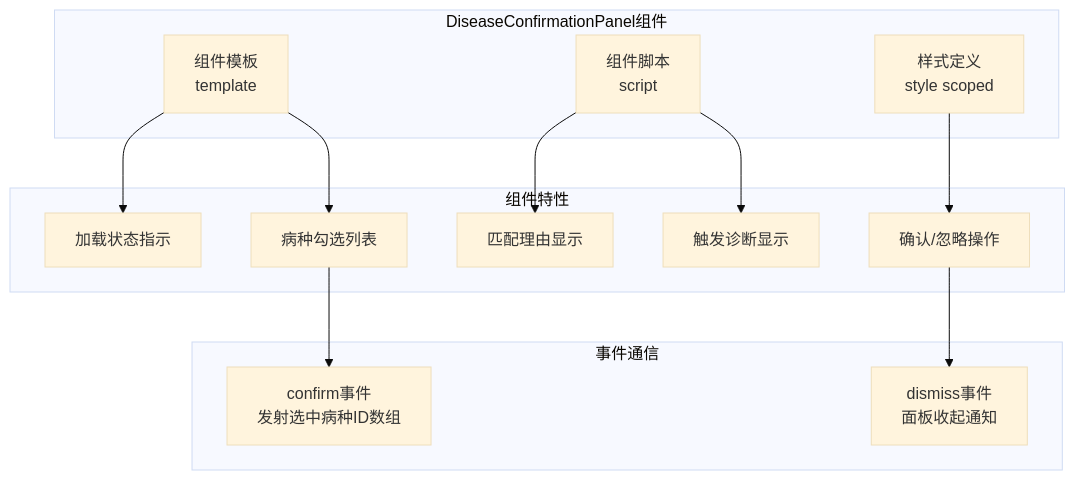
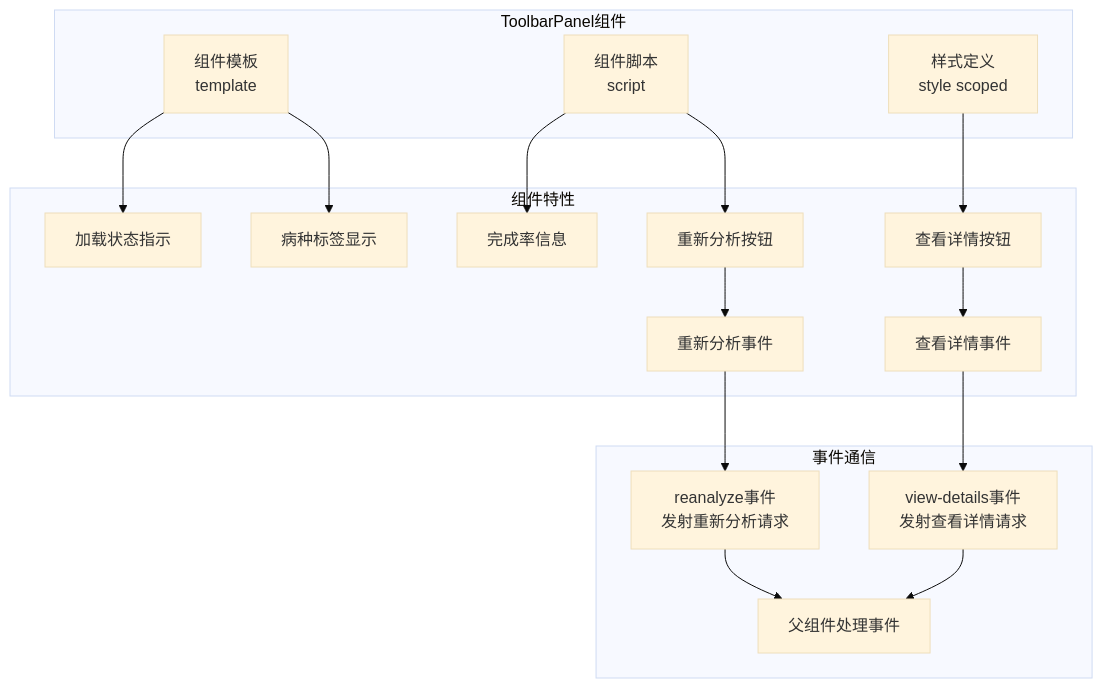
Diagram 11 of 15 in .qoder/repowiki/zh/content/核心功能模块/质量控制系统.md (liuzh2008/med_ai_assistant_workspace), drawn with Mermaid (base theme) before and after one commit. The commit also changed other lines of this file and 5 other files, not shown here.

````diff
--- a/.qoder/repowiki/zh/content/核心功能模块/质量控制系统.md
+++ b/.qoder/repowiki/zh/content/核心功能模块/质量控制系统.md
@@ -393,26 +533,33 @@
 ```mermaid
 graph TB
-subgraph "DiseaseConfirmationPanel组件"
+subgraph "ToolbarPanel组件"
 A[组件模板<br/>template]
 B[组件脚本<br/>script]
 C[样式定义<br/>style scoped]
 end
 subgraph "组件特性"
 D[加载状态指示]
-E[病种勾选列表]
-F[匹配理由显示]
-G[触发诊断显示]
-H[确认/忽略操作]
+E[病种标签显示]
+F[完成率信息]
+G[重新分析按钮]
+H[查看详情按钮]
+I[重新分析事件]
+J[查看详情事件]
 end
 subgraph "事件通信"
-I[confirm事件<br/>发射选中病种ID数组]
-J[dismiss事件<br/>面板收起通知]
+K[reanalyze事件<br/>发射重新分析请求]
+L[view-details事件<br/>发射查看详情请求]
+M[父组件处理事件]
 end
 A --> D
 A --> E
 B --> F
 B --> G
 C --> H
-E --> I
+G --> I
 H --> J
+I --> K
+J --> L
+K --> M
+L --> M
 ```
````
